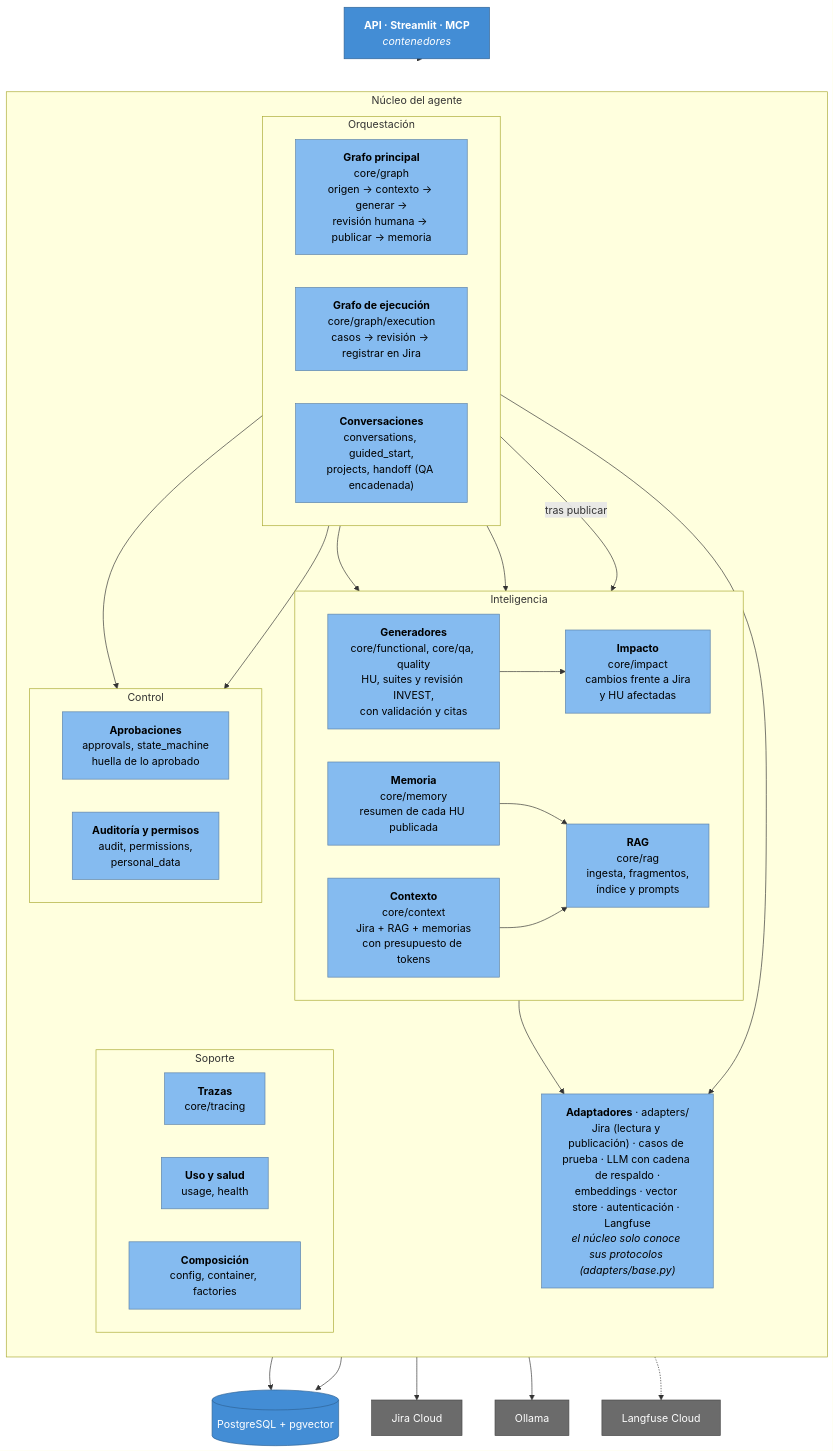
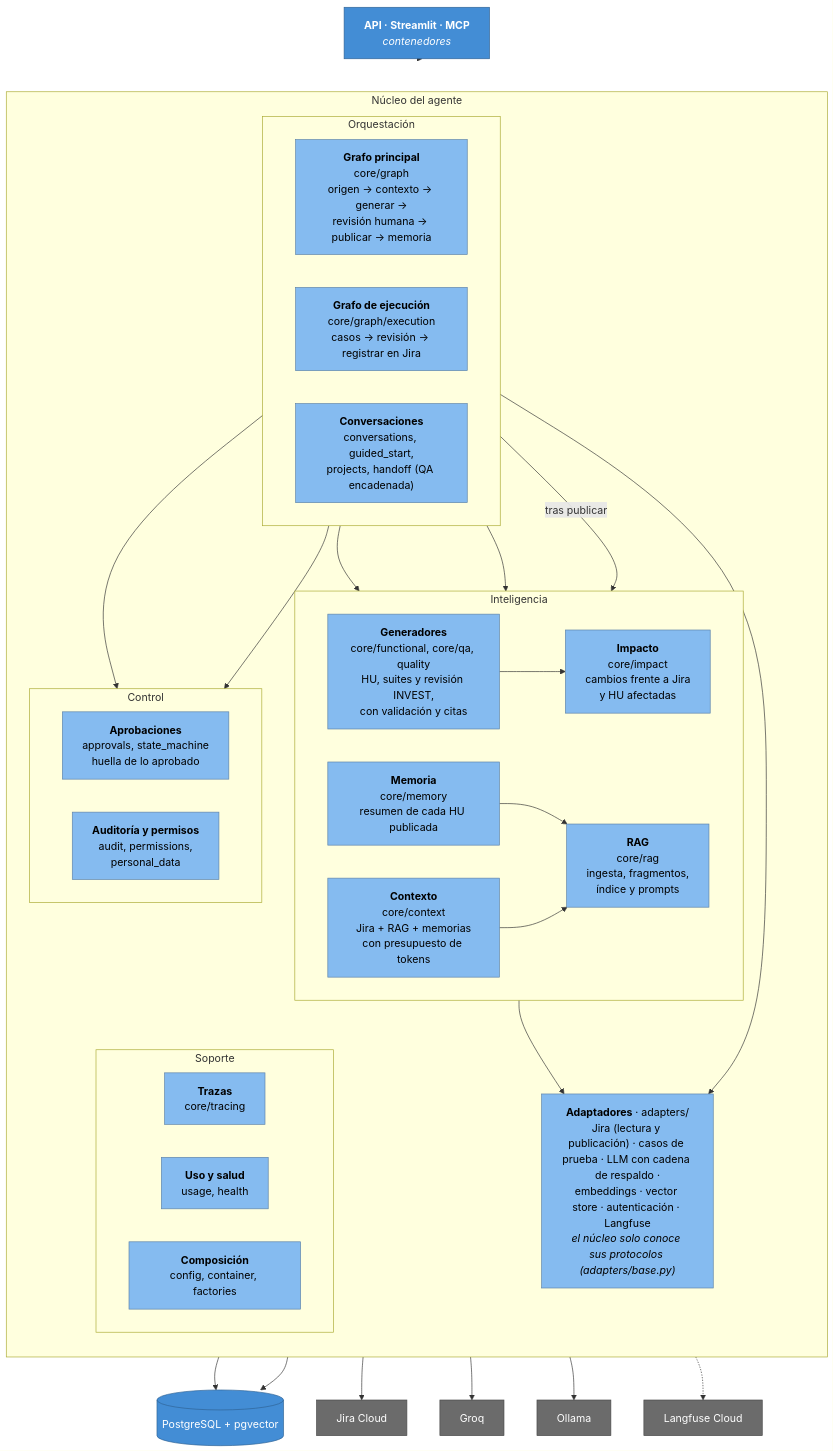
Before and after one commit to maujimenez4/agente-af-qa: the third of 4 diagrams in docs/arquitectura-c4.md, drawn with Mermaid. The commit also changed other lines of this file and 5 other files, not shown here.

Commit message:
Documentación al día (2026-10-08): modelos mixtos en los diagramas de arquitectura y C4, README con el arranque diario, DEMO.md con la variante B en AFQP y ONBOARDING con el estado actual

````diff
--- a/docs/arquitectura-c4.md
+++ b/docs/arquitectura-c4.md
@@ -101,63 +108,64 @@
 ```mermaid
 flowchart TB
     entradas["<b>API · Streamlit · MCP</b><br/><i>contenedores</i>"]
 
     subgraph CORE["Núcleo del agente"]
         direction TB
 
         subgraph ORQ["Orquestación"]
             direction LR
             maingraph["<b>Grafo principal</b><br/>core/graph<br/>origen → contexto → generar →<br/>revisión humana → publicar → memoria"]
             exec["<b>Grafo de ejecución</b><br/>core/graph/execution<br/>casos → revisión → registrar en Jira"]
             convs["<b>Conversaciones</b><br/>conversations, guided_start,<br/>projects, handoff (QA encadenada)"]
         end
 
         subgraph INT["Inteligencia"]
             direction LR
             ctx["<b>Contexto</b><br/>core/context<br/>Jira + RAG + memorias<br/>con presupuesto de tokens"]
             writers["<b>Generadores</b><br/>core/functional, core/qa, quality<br/>HU, suites y revisión INVEST,<br/>con validación y citas"]
             impact["<b>Impacto</b><br/>core/impact<br/>cambios frente a Jira<br/>y HU afectadas"]
             mem["<b>Memoria</b><br/>core/memory<br/>resumen de cada HU publicada"]
             rag["<b>RAG</b><br/>core/rag<br/>ingesta, fragmentos,<br/>índice y prompts"]
         end
 
         subgraph CTL["Control"]
             direction LR
             appr["<b>Aprobaciones</b><br/>approvals, state_machine<br/>huella de lo aprobado"]
             audit["<b>Auditoría y permisos</b><br/>audit, permissions,<br/>personal_data"]
         end
 
         subgraph SOP["Soporte"]
             direction LR
             trace["<b>Trazas</b><br/>core/tracing"]
             usage["<b>Uso y salud</b><br/>usage, health"]
             comp["<b>Composición</b><br/>config, container, factories"]
         end
 
         adapters["<b>Adaptadores</b> · adapters/<br/>Jira (lectura y publicación) · casos de prueba · LLM con cadena de respaldo ·<br/>embeddings · vector store · autenticación · Langfuse<br/><i>el núcleo solo conoce sus protocolos (adapters/base.py)</i>"]
     end
 
     db[("PostgreSQL + pgvector")]
     jira["Jira Cloud"]
+    groq["Groq"]
     llm["Ollama"]
     lf["Langfuse Cloud"]
 
     entradas --> ORQ
     maingraph --> ctx & writers & appr
     writers --> impact
     maingraph -- "tras publicar" --> mem
     mem --> rag
     ctx --> rag
     exec --> appr
     ORQ & INT --> adapters
     CTL --> db
-    adapters --> db & jira & llm
+    adapters --> db & jira & groq & llm
     adapters -.-> lf
 
     classDef componente fill:#85bbf0,stroke:#5d82a8,color:#000
     classDef contenedor fill:#438dd5,stroke:#2e6295,color:#fff
     classDef externo fill:#6b6b6b,stroke:#4a4a4a,color:#fff
     class maingraph,exec,convs,ctx,writers,impact,mem,rag,appr,audit,trace,usage,comp,adapters componente
     class entradas,db contenedor
-    class jira,llm,lf externo
+    class jira,groq,llm,lf externo
 ```
````
